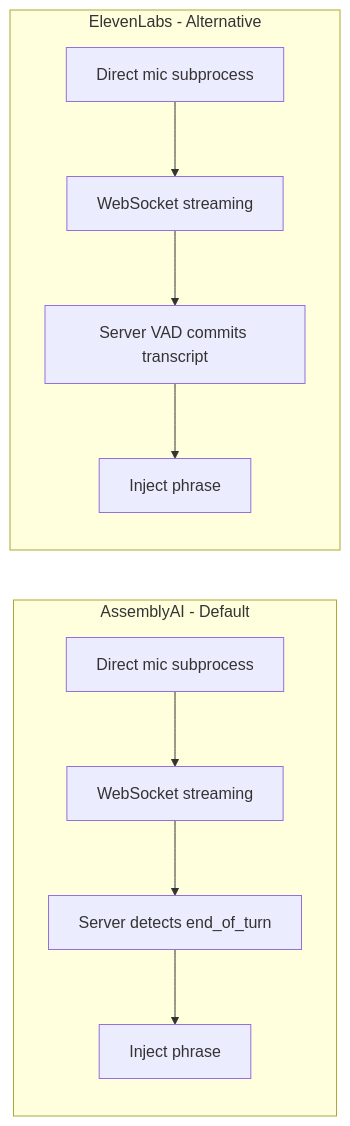
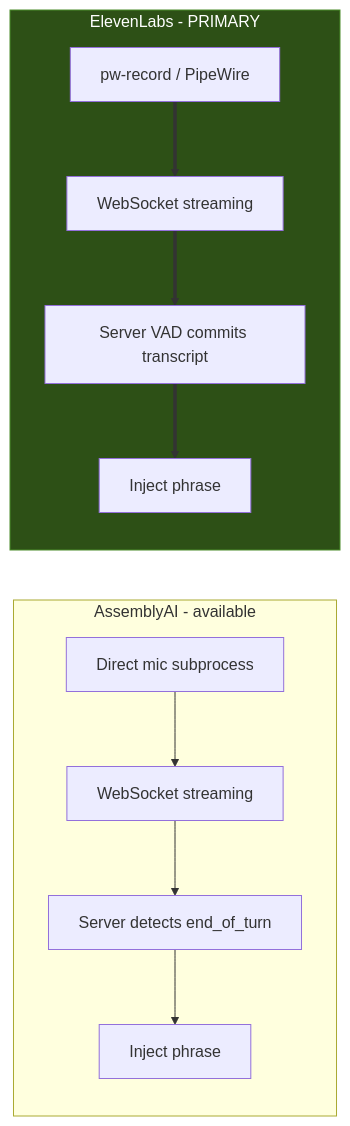
One commit to lttr/realtime-transcript-linux changed the second of 5 diagrams in ARCHITECTURE.md. Above: the diagram before and after it, drawn with Mermaid. The commit also changed other lines of this file and 2 other files, not shown here.

First line of the commit message:
docs: update architecture for current stack, fix AssemblyAI pipeline description

````diff
--- a/ARCHITECTURE.md
+++ b/ARCHITECTURE.md
@@ -32,14 +39,16 @@
 ```mermaid
 graph LR
-    subgraph AAI[AssemblyAI - Default]
+    subgraph AAI[AssemblyAI - available]
         A1[Direct mic subprocess] --> A2[WebSocket streaming]
         A2 --> A3[Server detects end_of_turn]
         A3 --> A4[Inject phrase]
     end
 
-    subgraph EL[ElevenLabs - Alternative]
-        E1[Direct mic subprocess] --> E2[WebSocket streaming]
-        E2 --> E3[Server VAD commits transcript]
-        E3 --> E4[Inject phrase]
+    subgraph EL[ElevenLabs - PRIMARY]
+        E1[pw-record / PipeWire] ==> E2[WebSocket streaming]
+        E2 ==> E3[Server VAD commits transcript]
+        E3 ==> E4[Inject phrase]
     end
+
+    style EL fill:#2d5016,stroke:#4a8c2a,color:#fff
 ```
````
